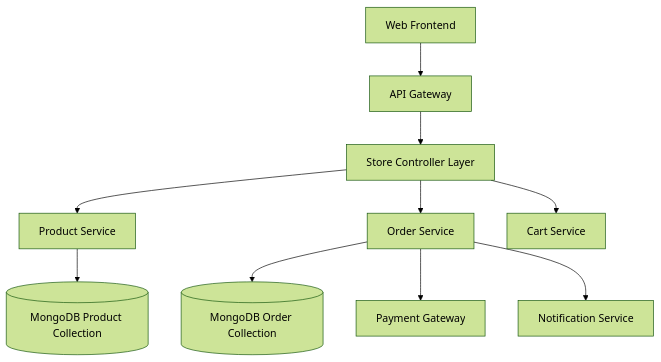
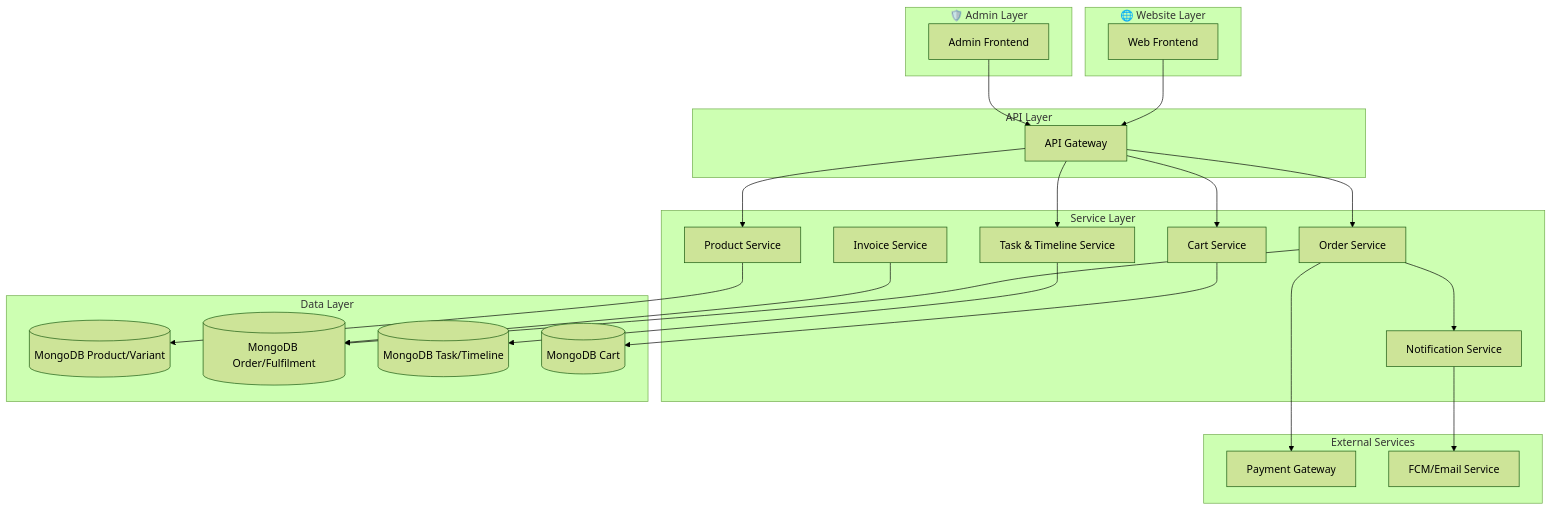
One commit to Aniruddha183/docs changed the diagram in backend/modules/store/overview.mdx. Above: the diagram before and after it, drawn with Mermaid (forest theme). The commit also changed other lines of this file, not shown here.

Commit message:
added store api doc

````diff
--- a/backend/modules/store/overview.mdx
+++ b/backend/modules/store/overview.mdx
@@ -39,12 +83,45 @@
 ```mermaid
 graph TD
-    A[Web Frontend] --> B[API Gateway]
-    B --> C[Store Controller Layer]
-    C --> D[Product Service]
-    C --> E[Order Service]
-    C --> F[Cart Service]
-    D --> G[(MongoDB Product Collection)]
-    E --> H[(MongoDB Order Collection)]
-    E --> I[Payment Gateway]
-    E --> J[Notification Service]
+    subgraph Website["🌐 Website Layer"]
+        A[Web Frontend]
+    end
+    subgraph Admin["🛡️ Admin Layer"]
+        B[Admin Frontend]
+    end
+    subgraph Gateway["API Layer"]
+        C[API Gateway]
+    end
+    subgraph Services["Service Layer"]
+        D[Product Service]
+        E[Order Service]
+        F[Cart Service]
+        G[Task & Timeline Service]
+        H[Invoice Service]
+        I[Notification Service]
+    end
+    subgraph Database["Data Layer"]
+        J[(MongoDB Product/Variant)]
+        K[(MongoDB Order/Fulfilment)]
+        L[(MongoDB Task/Timeline)]
+        M[(MongoDB Cart)]
+    end
+    subgraph External["External Services"]
+        N[Payment Gateway]
+        O[FCM/Email Service]
+    end
+    
+    A --> C
+    B --> C
+    C --> D
+    C --> E
+    C --> F
+    C --> G
+    D --> J
+    E --> K
+    E --> N
+    E --> I
+    F --> M
+    G --> L
+    H --> K
+    I --> O
 ```
````
